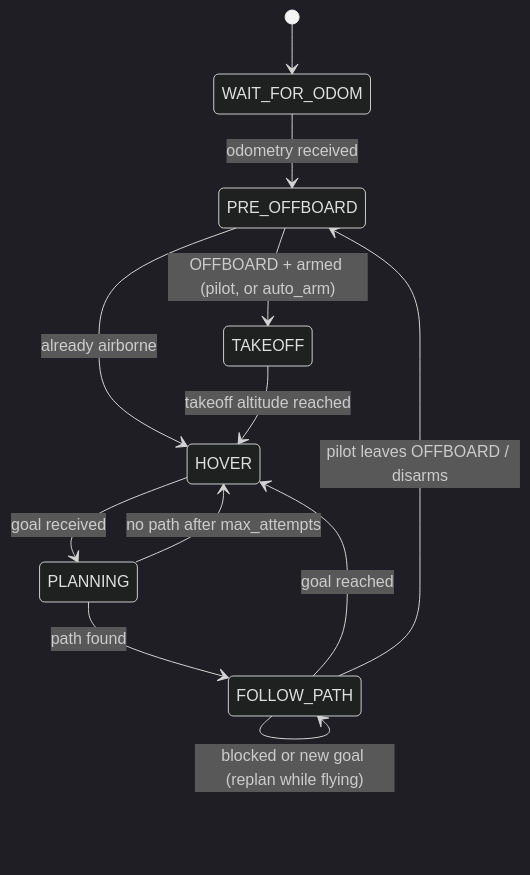
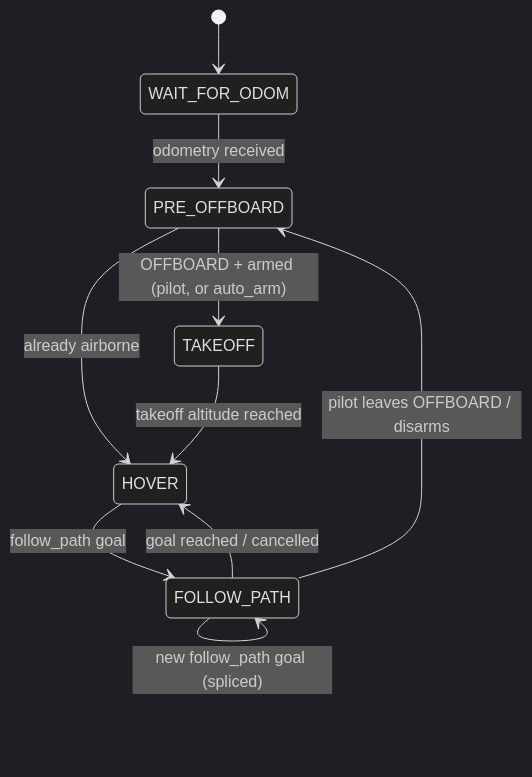
Before and after one commit to Fixit-Davide/ROS-Informed-RRT--planner: the second of 2 diagrams in README.md, drawn with Mermaid (dark theme). The commit also changed other lines of this file and 2 other files, not shown here.

````diff
--- a/README.md
+++ b/README.md
@@ -233,14 +303,12 @@
 ```mermaid
 stateDiagram-v2
     [*] --> WAIT_FOR_ODOM
     WAIT_FOR_ODOM --> PRE_OFFBOARD: odometry received
     PRE_OFFBOARD --> TAKEOFF: OFFBOARD + armed (pilot, or auto_arm)
     PRE_OFFBOARD --> HOVER: already airborne
     TAKEOFF --> HOVER: takeoff altitude reached
-    HOVER --> PLANNING: goal received
-    PLANNING --> FOLLOW_PATH: path found
-    PLANNING --> HOVER: no path after max_attempts
-    FOLLOW_PATH --> FOLLOW_PATH: blocked or new goal (replan while flying)
-    FOLLOW_PATH --> HOVER: goal reached
+    HOVER --> FOLLOW_PATH: follow_path goal
+    FOLLOW_PATH --> FOLLOW_PATH: new follow_path goal (spliced)
+    FOLLOW_PATH --> HOVER: goal reached / cancelled
     FOLLOW_PATH --> PRE_OFFBOARD: pilot leaves OFFBOARD / disarms
 ```
````
